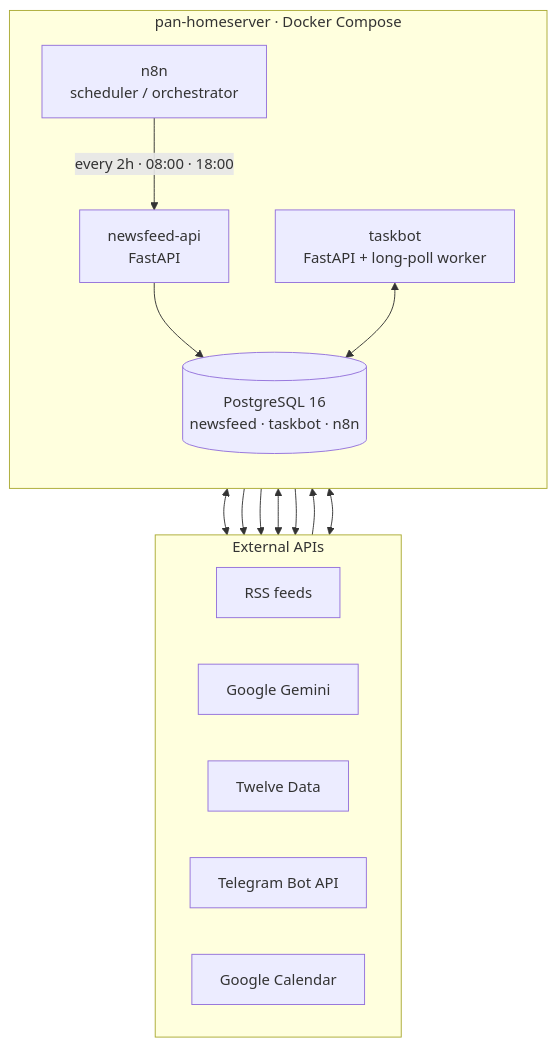
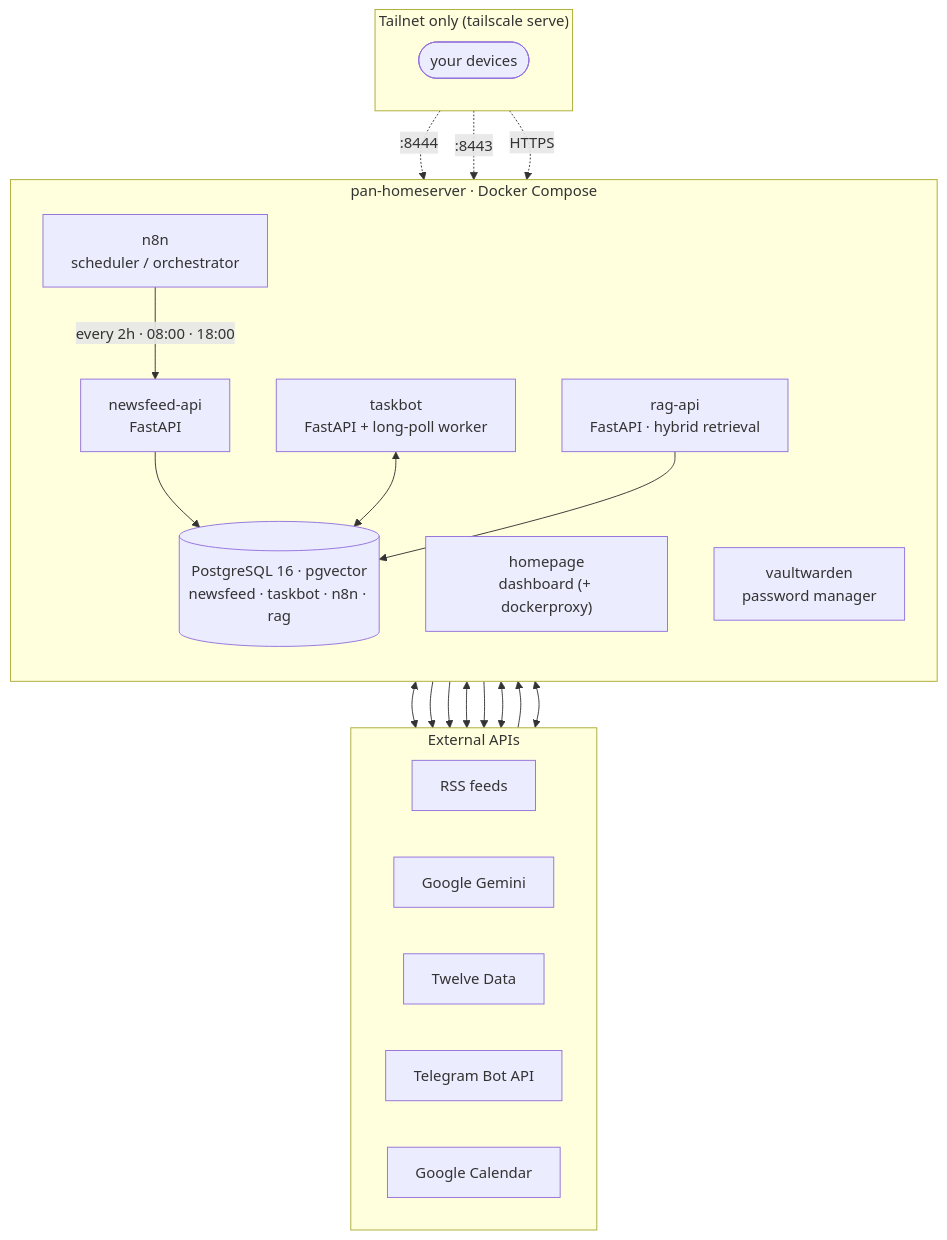
Before and after one commit to panmanzee/homeserver: the first of 4 diagrams in README.md, drawn with Mermaid. The commit also changed other lines of this file and 10 other files, not shown here.

````diff
--- a/README.md
+++ b/README.md
@@ -51,30 +53,43 @@
 ```mermaid
 flowchart TB
     subgraph ext[" External APIs "]
       direction LR
       RSS["RSS feeds"]
       GEM["Google Gemini"]
       TD["Twelve Data"]
       TG["Telegram Bot API"]
       GC["Google Calendar"]
     end
 
+    subgraph net[" Tailnet only (tailscale serve) "]
+      direction LR
+      TS(["your devices"])
+    end
+
     subgraph box[" pan-homeserver · Docker Compose "]
       direction TB
       N8N["n8n<br/>scheduler / orchestrator"]
       NF["newsfeed-api<br/>FastAPI"]
       TB["taskbot<br/>FastAPI + long-poll worker"]
-      PG[("PostgreSQL 16<br/>newsfeed · taskbot · n8n")]
+      RAG["rag-api<br/>FastAPI · hybrid retrieval"]
+      HP["homepage<br/>dashboard (+ dockerproxy)"]
+      VW["vaultwarden<br/>password manager"]
+      PG[("PostgreSQL 16 · pgvector<br/>newsfeed · taskbot · n8n · rag")]
     end
 
     RSS --> NF
     N8N -- "every 2h · 08:00 · 18:00" --> NF
     NF <--> GEM
     NF --> TD
     NF --> PG
     NF --> TG
     TG <--> TB
     TB <--> GEM
     TB <--> PG
     TB --> GC
+    RAG <--> GEM
+    RAG --> PG
+    TS -. ":8444" .-> RAG
+    TS -. ":8443" .-> HP
+    TS -. "HTTPS" .-> VW
 ```
````
